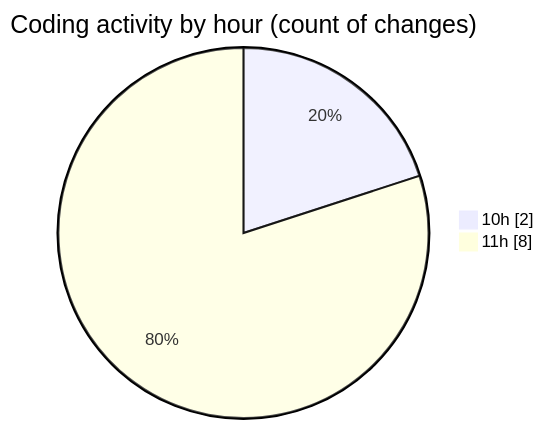
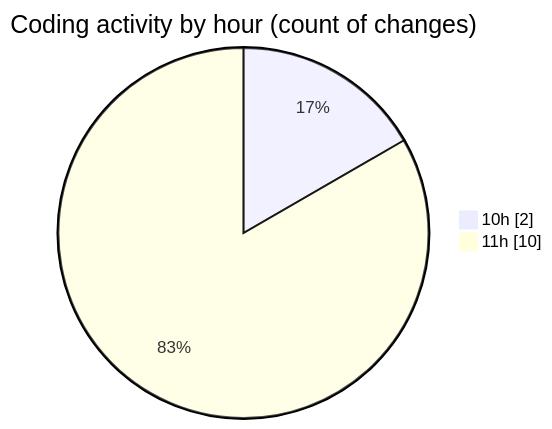
Before and after one commit to donsfak/code-tracking: the second of 2 diagrams in 2026-10-06/portofolio-main/README.md, drawn with Mermaid. The commit also changed other lines of this file and 1 other file, not shown here.

````diff
--- a/2026-10-06/portofolio-main/README.md
+++ b/2026-10-06/portofolio-main/README.md
@@ -32,6 +33,6 @@
 ```mermaid
 pie showData
 title Coding activity by hour (count of changes)
 "10h" : 2
-"11h" : 8
+"11h" : 10
 ```
````
